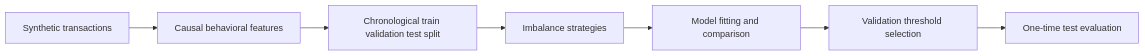
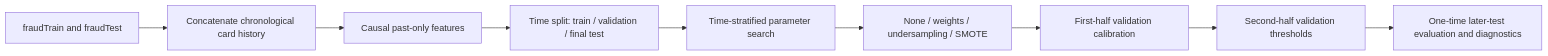
Before and after one commit to Sritzz-3/card-fraud-detection-ml: the diagram in README.md, drawn with Mermaid. The commit also changed other lines of this file and 25 other files, not shown here.

````diff
--- a/README.md
+++ b/README.md
@@ -17,9 +17,11 @@
 ```mermaid
 flowchart LR
-  A[Synthetic transactions] --> B[Causal behavioral features]
-  B --> C[Chronological train validation test split]
-  C --> D[Imbalance strategies]
-  D --> E[Model fitting and comparison]
-  E --> F[Validation threshold selection]
-  F --> G[One-time test evaluation]
+  A[fraudTrain and fraudTest] --> B[Concatenate chronological card history]
+  B --> C[Causal past-only features]
+  C --> D[Time split: train / validation / final test]
+  D --> E[Time-stratified parameter search]
+  E --> F[None / weights / undersampling / SMOTE]
+  F --> G[First-half validation calibration]
+  G --> H[Second-half validation thresholds]
+  H --> I[One-time later-test evaluation and diagnostics]
 ```
````
